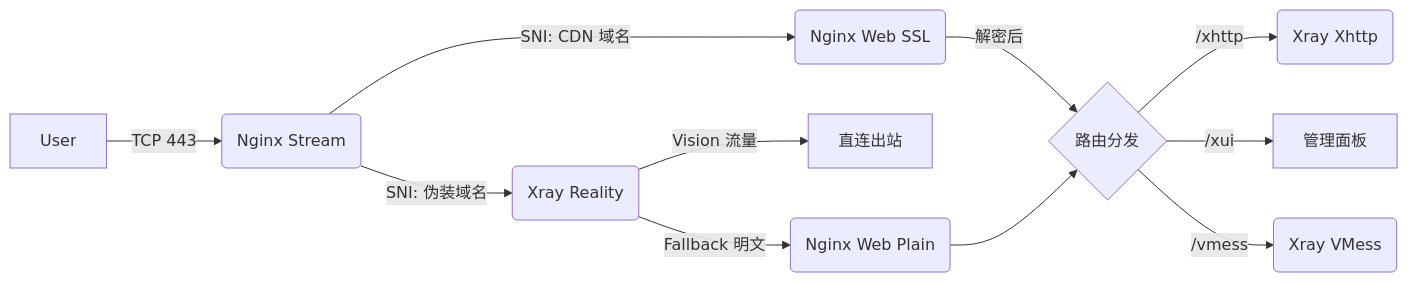
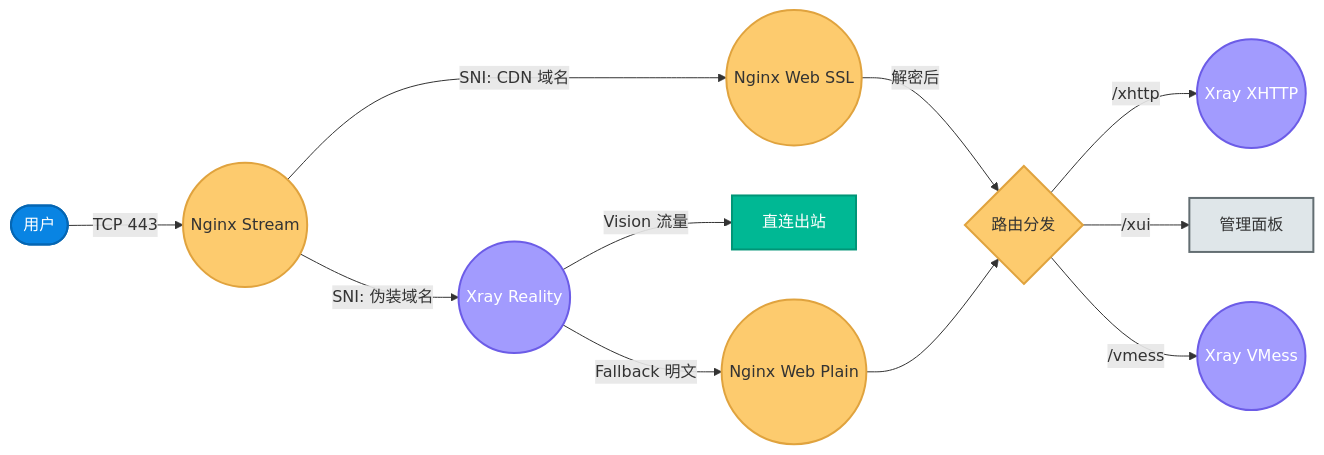
The sixth of 11 diagrams in docs/01-architecture-and-traffic.md (currycan/sb-xray), drawn with Mermaid before and after one commit. The commit also changed other lines of this file and 5 other files, not shown here.

````diff
--- a/docs/01-architecture-and-traffic.md
+++ b/docs/01-architecture-and-traffic.md
@@ -263,13 +274,20 @@
 ```mermaid
-graph LR
-    User -->|"TCP 443"| Stream("Nginx Stream")
-    Stream -- "SNI: 伪装域名" --> Reality("Xray Reality")
-    Stream -- "SNI: CDN 域名" --> WebSSL("Nginx Web SSL")
-    Reality -- "Vision 流量" --> Out1["直连出站"]
-    Reality -- "Fallback 明文" --> WebPlain("Nginx Web Plain")
-    WebSSL -- "解密后" --> AppRoute{"路由分发"}
+flowchart LR
+    classDef entry    fill:#0984e3,stroke:#0566b3,stroke-width:2px,color:#fff
+    classDef gateway  fill:#fdcb6e,stroke:#e0a33e,stroke-width:2px,color:#333
+    classDef xray     fill:#a29bfe,stroke:#6c5ce7,stroke-width:2px,color:#fff
+    classDef process  fill:#00b894,stroke:#009577,stroke-width:2px,color:#fff
+    classDef decision fill:#fdcb6e,stroke:#e0a33e,stroke-width:2px,color:#333
+    classDef app      fill:#dfe6e9,stroke:#636e72,stroke-width:2px,color:#333
+
+    User(["用户"]):::entry -- "TCP 443" --> Stream(("Nginx Stream")):::gateway
+    Stream -- "SNI: 伪装域名" --> Reality(("Xray Reality")):::xray
+    Stream -- "SNI: CDN 域名" --> WebSSL(("Nginx Web SSL")):::gateway
+    Reality -- "Vision 流量" --> Out1["直连出站"]:::process
+    Reality -- "Fallback 明文" --> WebPlain(("Nginx Web Plain")):::gateway
+    WebSSL -- "解密后" --> AppRoute{"路由分发"}:::decision
     WebPlain --> AppRoute
-    AppRoute -- "/xhttp" --> Xhttp("Xray Xhttp")
-    AppRoute -- "/xui" --> Panel["管理面板"]
-    AppRoute -- "/vmess" --> VMess("Xray VMess")
+    AppRoute -- "/xhttp" --> Xhttp(("Xray XHTTP")):::xray
+    AppRoute -- "/xui" --> Panel["管理面板"]:::app
+    AppRoute -- "/vmess" --> VMess(("Xray VMess")):::xray
 ```
````
